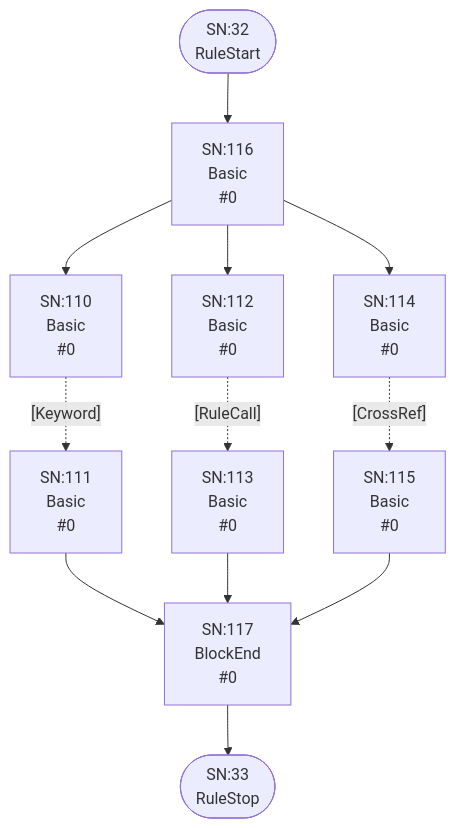
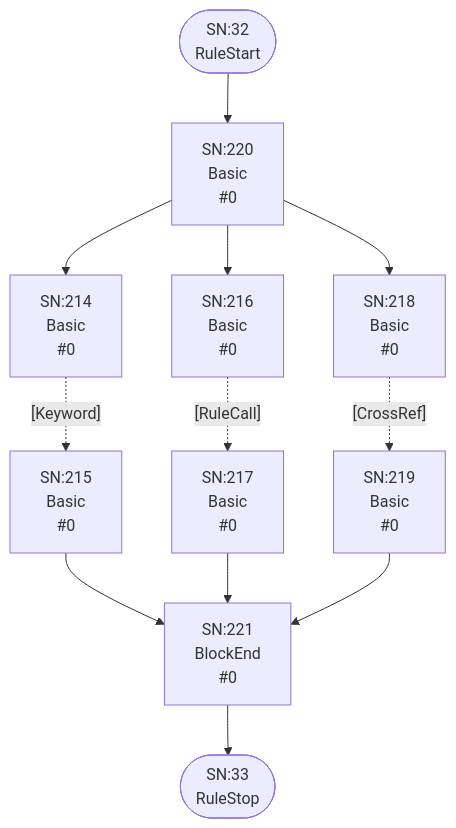
Before and after one commit to TypeFox/fastbelt: diagram 17 of 25 in internal/grammar/atn.md, drawn with Mermaid. The commit also changed other lines of this file and 5 other files, not shown here.

````diff
--- a/internal/grammar/atn.md
+++ b/internal/grammar/atn.md
@@ -529,25 +538,25 @@
 ```mermaid
 flowchart TD
     q32(["SN:32<br/>RuleStart"])
     q33(["SN:33<br/>RuleStop"])
-    q110["SN:110<br/>Basic<br/> #0"]
-    q111["SN:111<br/>Basic<br/> #0"]
-    q112["SN:112<br/>Basic<br/> #0"]
-    q113["SN:113<br/>Basic<br/> #0"]
-    q114["SN:114<br/>Basic<br/> #0"]
-    q115["SN:115<br/>Basic<br/> #0"]
-    q116["SN:116<br/>Basic<br/> #0"]
-    q117["SN:117<br/>BlockEnd<br/> #0"]
+    q214["SN:214<br/>Basic<br/> #0"]
+    q215["SN:215<br/>Basic<br/> #0"]
+    q216["SN:216<br/>Basic<br/> #0"]
+    q217["SN:217<br/>Basic<br/> #0"]
+    q218["SN:218<br/>Basic<br/> #0"]
+    q219["SN:219<br/>Basic<br/> #0"]
+    q220["SN:220<br/>Basic<br/> #0"]
+    q221["SN:221<br/>BlockEnd<br/> #0"]
 
-    q32 --> q116
-    q110 -.->|"[Keyword]"| q111
-    q111 --> q117
-    q112 -.->|"[RuleCall]"| q113
-    q113 --> q117
-    q114 -.->|"[CrossRef]"| q115
-    q115 --> q117
-    q116 --> q110
-    q116 --> q112
-    q116 --> q114
-    q117 --> q33
+    q32 --> q220
+    q214 -.->|"[Keyword]"| q215
+    q215 --> q221
+    q216 -.->|"[RuleCall]"| q217
+    q217 --> q221
+    q218 -.->|"[CrossRef]"| q219
+    q219 --> q221
+    q220 --> q214
+    q220 --> q216
+    q220 --> q218
+    q221 --> q33
 ```
````
